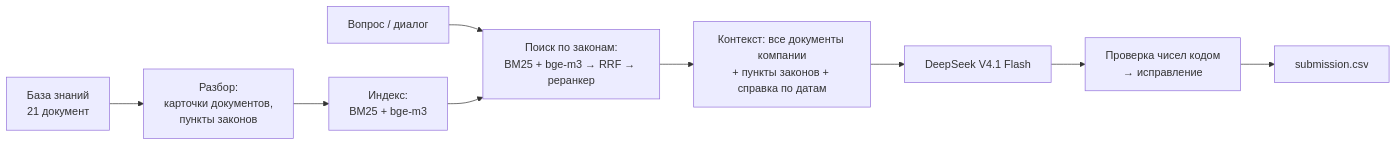
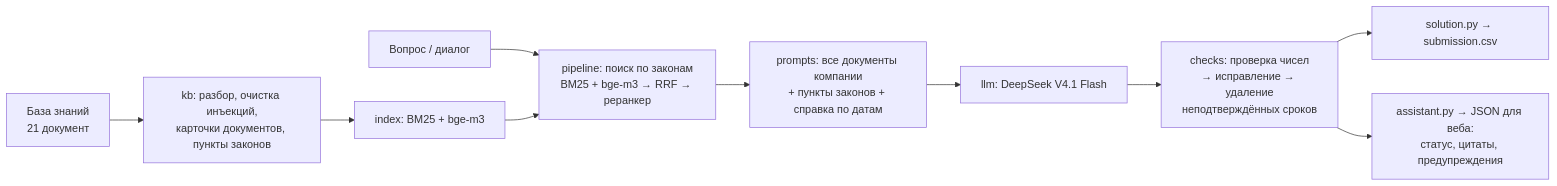
The diagram in README.md (yenqo/hack-change-psb), drawn with Mermaid before and after one commit. The commit also changed other lines of this file and 27 other files, not shown here.

First line of the commit message:
Фасад LegalAssistant для веб-части (контракт 1.0), документация, README

````diff
--- a/README.md
+++ b/README.md
@@ -32,11 +33,12 @@
 ```mermaid
 flowchart LR
-    KB[База знаний<br/>21 документ] --> P[Разбор:<br/>карточки документов,<br/>пункты законов]
-    P --> I[Индекс:<br/>BM25 + bge-m3]
-    Q[Вопрос / диалог] --> S[Поиск по законам:<br/>BM25 + bge-m3 → RRF → реранкер]
+    KB[База знаний<br/>21 документ] --> P[kb: разбор, очистка инъекций,<br/>карточки документов, пункты законов]
+    P --> I[index: BM25 + bge-m3]
+    Q[Вопрос / диалог] --> S[pipeline: поиск по законам<br/>BM25 + bge-m3 → RRF → реранкер]
     I --> S
-    S --> C[Контекст: все документы компании<br/>+ пункты законов + справка по датам]
-    C --> G[DeepSeek V4.1 Flash]
-    G --> V[Проверка чисел кодом<br/>→ исправление]
-    V --> O[submission.csv]
+    S --> C[prompts: все документы компании<br/>+ пункты законов + справка по датам]
+    C --> G[llm: DeepSeek V4.1 Flash]
+    G --> V[checks: проверка чисел<br/>→ исправление → удаление<br/>неподтверждённых сроков]
+    V --> O1[solution.py → submission.csv]
+    V --> O2[assistant.py → JSON для веба:<br/>статус, цитаты, предупреждения]
 ```
````
